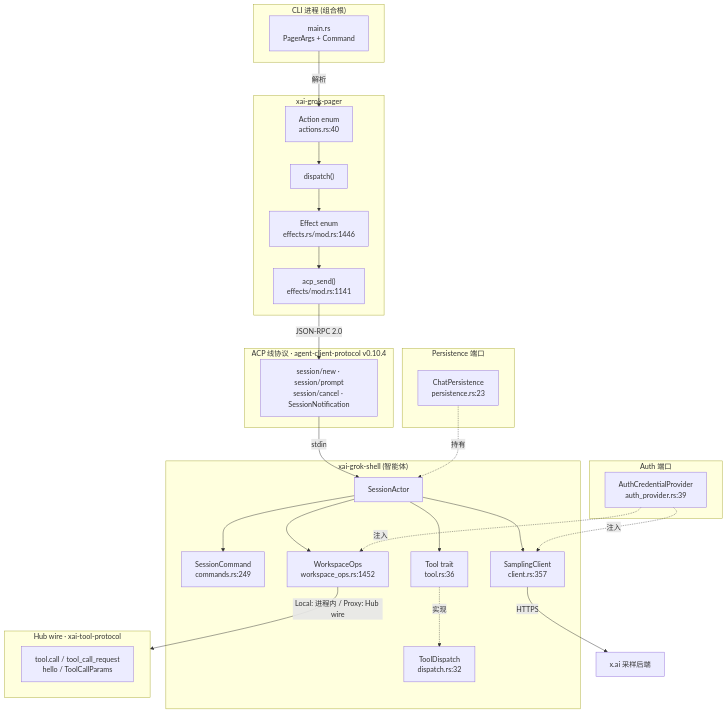
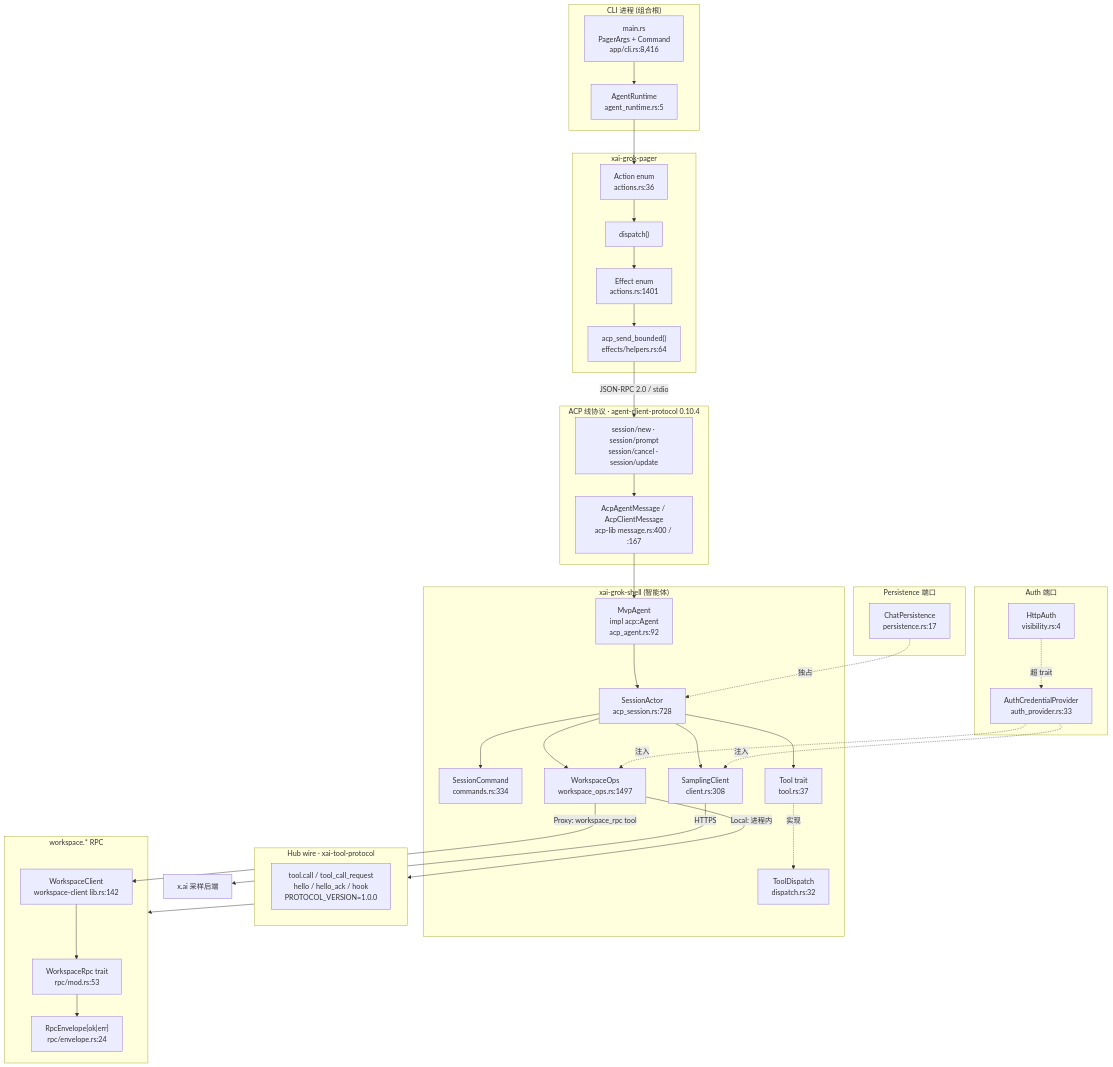
The diagram in docs/adrian/sourceReader/05-API与接口设计.md (adrian9778/grok-build), drawn with Mermaid before and after one commit. The commit also changed other lines of this file and 18 other files, not shown here.

````diff
--- a/docs/adrian/sourceReader/05-API与接口设计.md
+++ b/docs/adrian/sourceReader/05-API与接口设计.md
@@ -94,46 +99,60 @@
 ```mermaid
 flowchart TB
     subgraph CLI["CLI 进程 (组合根)"]
-        MR["main.rs<br/>PagerArgs + Command"]
+        MR["main.rs<br/>PagerArgs + Command<br/>app/cli.rs:8,416"]
+        RT["AgentRuntime<br/>agent_runtime.rs:5"]
     end
     subgraph PAGER["xai-grok-pager"]
-        ACT["Action enum<br/>actions.rs:40"]
+        ACT["Action enum<br/>actions.rs:36"]
         DISP["dispatch()"]
-        EFF["Effect enum<br/>effects.rs/mod.rs:1446"]
-        ACS["acp_send()<br/>effects/mod.rs:1141"]
+        EFF["Effect enum<br/>actions.rs:1401"]
+        ACS["acp_send_bounded()<br/>effects/helpers.rs:64"]
     end
-    subgraph ACP["ACP 线协议 · agent-client-protocol v0.10.4"]
-        WIRE["session/new · session/prompt<br/>session/cancel · SessionNotification"]
+    subgraph ACP["ACP 线协议 · agent-client-protocol 0.10.4"]
+        WIRE["session/new · session/prompt<br/>session/cancel · session/update"]
+        GATE["AcpAgentMessage / AcpClientMessage<br/>acp-lib message.rs:400 / :167"]
     end
     subgraph SHELL["xai-grok-shell (智能体)"]
-        SA["SessionActor"]
-        SC["SessionCommand<br/>commands.rs:249"]
-        TOOL["Tool trait<br/>tool.rs:36"]
+        MA["MvpAgent<br/>impl acp::Agent<br/>acp_agent.rs:92"]
+        SA["SessionActor<br/>acp_session.rs:728"]
+        SC["SessionCommand<br/>commands.rs:334"]
+        TOOL["Tool trait<br/>tool.rs:37"]
         TD["ToolDispatch<br/>dispatch.rs:32"]
-        WO["WorkspaceOps<br/>workspace_ops.rs:1452"]
-        SCli["SamplingClient<br/>client.rs:357"]
+        WO["WorkspaceOps<br/>workspace_ops.rs:1497"]
+        SCli["SamplingClient<br/>client.rs:308"]
     end
     subgraph HUB["Hub wire · xai-tool-protocol"]
-        HW["tool.call / tool_call_request<br/>hello / ToolCallParams"]
+        HW["tool.call / tool_call_request<br/>hello / hello_ack / hook<br/>PROTOCOL_VERSION=1.0.0"]
+    end
+    subgraph WRPC["workspace.* RPC"]
+        WR["WorkspaceRpc trait<br/>rpc/mod.rs:53"]
+        RE["RpcEnvelope{ok|err}<br/>rpc/envelope.rs:24"]
+        WC["WorkspaceClient<br/>workspace-client lib.rs:142"]
     end
     subgraph AUTH["Auth 端口"]
-        ACP2["AuthCredentialProvider<br/>auth_provider.rs:39"]
+        ACP2["AuthCredentialProvider<br/>auth_provider.rs:33"]
+        HA["HttpAuth<br/>visibility.rs:4"]
     end
     subgraph PERS["Persistence 端口"]
-        CP["ChatPersistence<br/>persistence.rs:23"]
+        CP["ChatPersistence<br/>persistence.rs:17"]
     end
 
-    MR -->|解析| ACT
-    ACT --> DISP --> EFF --> ACS -->|JSON-RPC 2.0| WIRE
-    WIRE -->|stdin| SA
-    SA --> SC
+    MR --> RT --> ACT
+    ACT --> DISP --> EFF --> ACS -->|"JSON-RPC 2.0 / stdio"| WIRE
+    WIRE --> GATE --> MA
+    MA --> SA --> SC
     SA --> TOOL
     TOOL -.实现.-> TD
     SA --> WO
     SA --> SCli
     SCli -->|HTTPS| XAI["x.ai 采样后端"]
-    WO -->|"Local: 进程内 / Proxy: Hub wire"| HUB
+    WO -->|"Local: 进程内"| HUB
+    WO -->|"Proxy: workspace_rpc tool"| WC
+    WC --> WR
+    WR --> RE
+    HUB --> WRPC
     ACP2 -.注入.-> SCli
     ACP2 -.注入.-> WO
-    CP -.持有.-> SA
+    HA -.超 trait.-> ACP2
+    CP -.独占.-> SA
 ```
````
